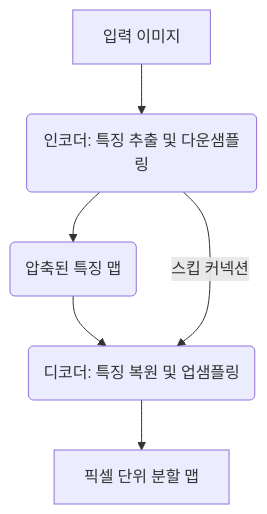
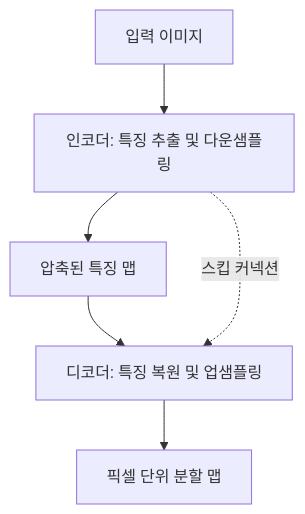
The diagram in docs/3-컴퓨터-비전/3-1-핵심-태스크/semantic-segmentation.md (harimkang/ai-engineer-guide), drawn with Mermaid before and after one commit. The commit also changed 22 other files, not shown here.

````diff
--- a/docs/3-컴퓨터-비전/3-1-핵심-태스크/semantic-segmentation.md
+++ b/docs/3-컴퓨터-비전/3-1-핵심-태스크/semantic-segmentation.md
@@ -30,8 +30,8 @@
 ```mermaid
 graph TD
-    A[입력 이미지] --> B(인코더: 특징 추출 및 다운샘플링);
-    B --> C(압축된 특징 맵);
-    C --> D(디코더: 특징 복원 및 업샘플링);
-    B -- 스킵 커넥션 --> D;
-    D --> E[픽셀 단위 분할 맵];
+    A["입력 이미지"] --> B["인코더: 특징 추출 및 다운샘플링"]
+    B --> C["압축된 특징 맵"]
+    C --> D["디코더: 특징 복원 및 업샘플링"]
+    B -.->|"스킵 커넥션"| D
+    D --> E["픽셀 단위 분할 맵"]
 ```
````
